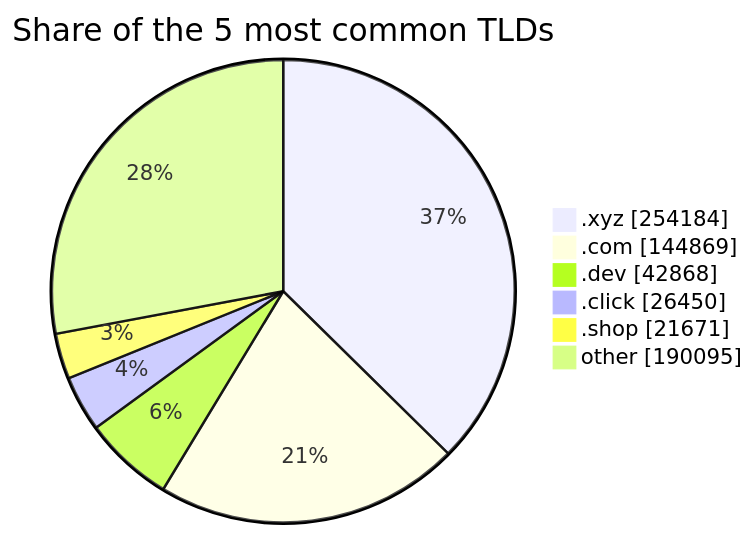
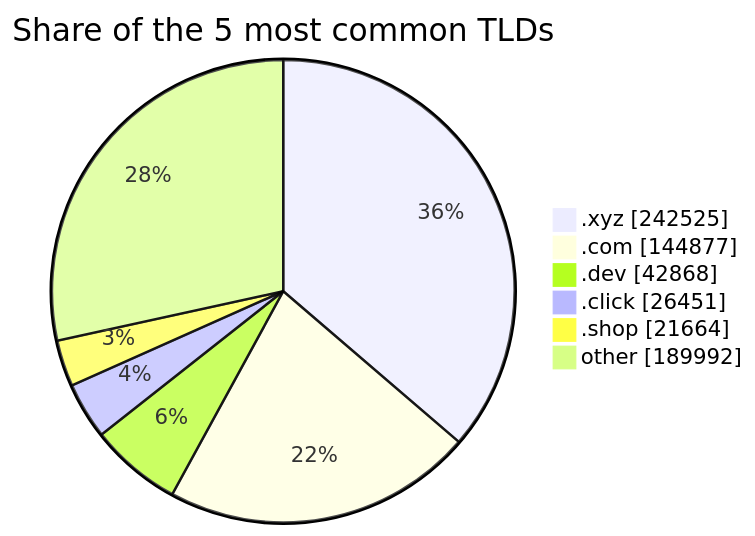
The third of 3 diagrams in README.md (DNSBunker/CTI), drawn with Mermaid before and after one commit. The commit also changed other lines of this file and 3 other files, not shown here.

````diff
--- a/README.md
+++ b/README.md
@@ -81,9 +81,9 @@
 ```mermaid
 pie showData title Share of the 5 most common TLDs
-    ".xyz" : 254184
-    ".com" : 144869
+    ".xyz" : 242525
+    ".com" : 144877
     ".dev" : 42868
-    ".click" : 26450
-    ".shop" : 21671
-    "other" : 190095
+    ".click" : 26451
+    ".shop" : 21664
+    "other" : 189992
 ```
````
